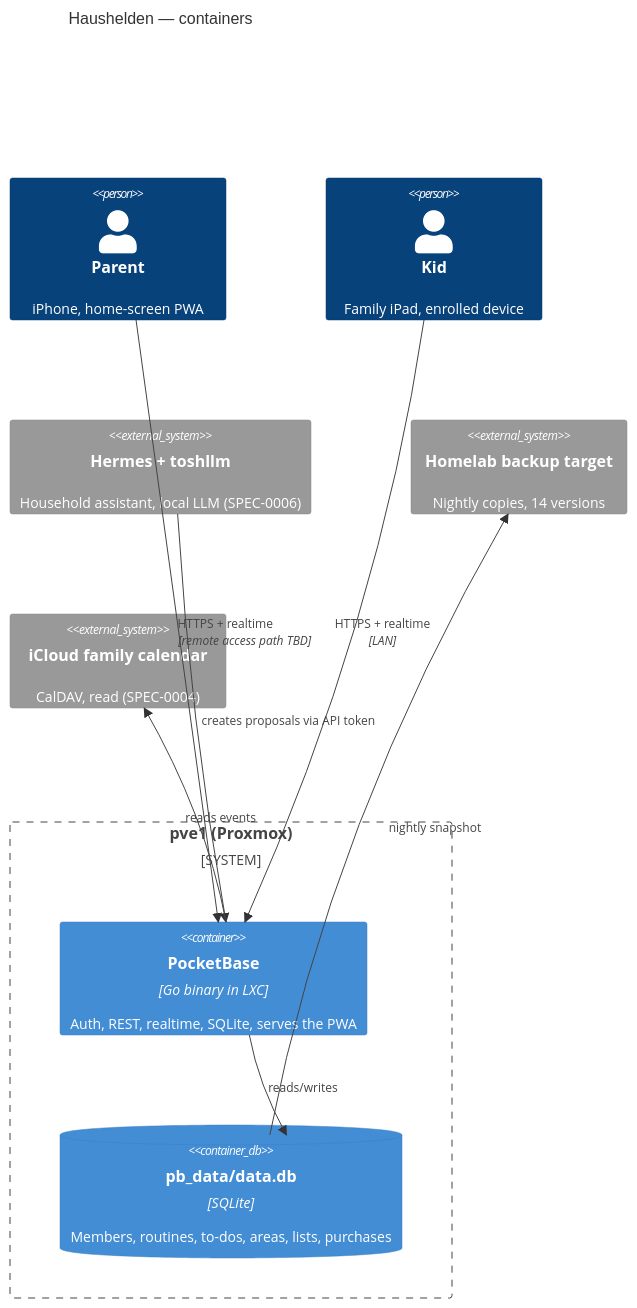
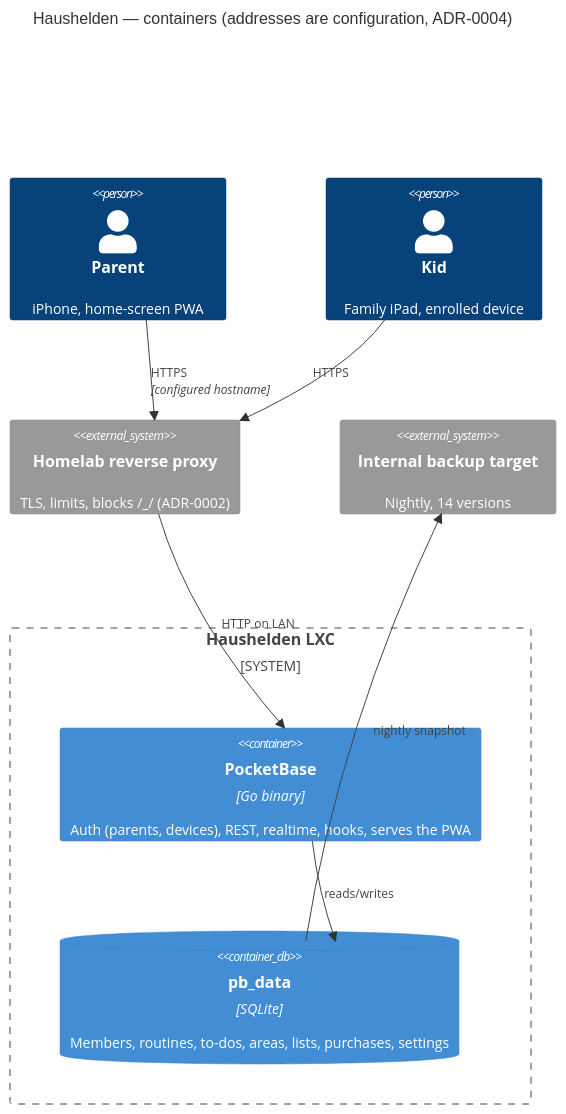
One commit to jbrandstetter/haushelden changed the first of 2 diagrams in docs/openspec/specs/household-platform/design.md. Above: the diagram before and after it, drawn with Mermaid. The commit also changed other lines of this file and 14 other files, not shown here.

First line of the commit message:
ADRs 0001-0004; SPEC-0001 v1 scope, setup, devices, time zone, real routes; SPEC-0007 deployment

````diff
--- a/docs/openspec/specs/household-platform/design.md
+++ b/docs/openspec/specs/household-platform/design.md
@@ -75,19 +95,17 @@
 ```mermaid
 C4Container
-  title Haushelden — containers
+  title Haushelden — containers (addresses are configuration, ADR-0004)
   Person(parent, "Parent", "iPhone, home-screen PWA")
   Person(kid, "Kid", "Family iPad, enrolled device")
-  System_Boundary(pve1, "pve1 (Proxmox)") {
-    Container(pb, "PocketBase", "Go binary in LXC", "Auth, REST, realtime, SQLite, serves the PWA")
-    ContainerDb(db, "pb_data/data.db", "SQLite", "Members, routines, to-dos, areas, lists, purchases")
+  System_Ext(proxy, "Homelab reverse proxy", "TLS, limits, blocks /_/ (ADR-0002)")
+  System_Boundary(lxc, "Haushelden LXC") {
+    Container(pb, "PocketBase", "Go binary", "Auth (parents, devices), REST, realtime, hooks, serves the PWA")
+    ContainerDb(db, "pb_data", "SQLite", "Members, routines, to-dos, areas, lists, purchases, settings")
   }
-  System_Ext(hermes, "Hermes + toshllm", "Household assistant, local LLM (SPEC-0006)")
-  System_Ext(backup, "Homelab backup target", "Nightly copies, 14 versions")
-  System_Ext(ical, "iCloud family calendar", "CalDAV, read (SPEC-0004)")
-  Rel(parent, pb, "HTTPS + realtime", "remote access path TBD")
-  Rel(kid, pb, "HTTPS + realtime", "LAN")
+  System_Ext(backup, "Internal backup target", "Nightly, 14 versions")
+  Rel(parent, proxy, "HTTPS", "configured hostname")
+  Rel(kid, proxy, "HTTPS")
+  Rel(proxy, pb, "HTTP on LAN")
   Rel(pb, db, "reads/writes")
-  Rel(hermes, pb, "creates proposals via API token")
-  Rel(pb, ical, "reads events")
   Rel(db, backup, "nightly snapshot")
 ```
````
